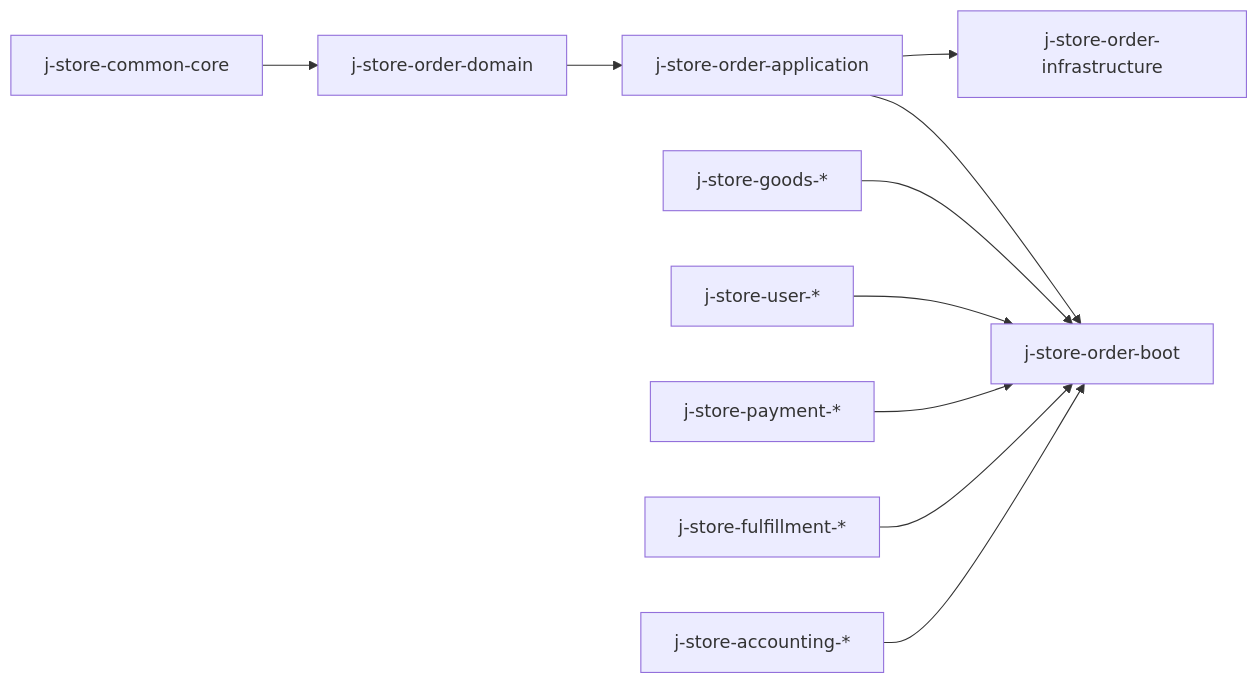
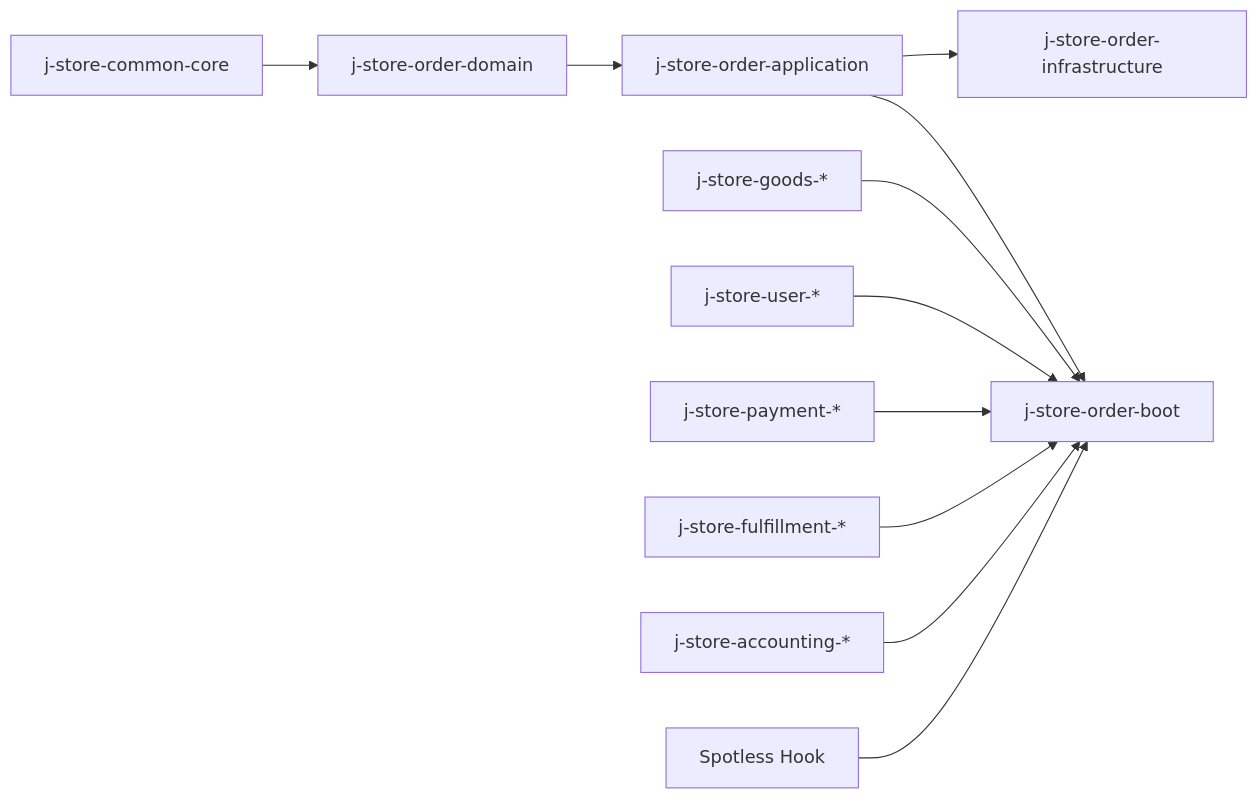
The second of 4 diagrams in .qoder/repowiki/en/content/Development Guide/Build System & Dependency Management.md (ddd-mall/j-store), drawn with Mermaid before and after one commit. The commit also changed other lines of this file and 278 other files, not shown here.

````diff
--- a/.qoder/repowiki/en/content/Development Guide/Build System & Dependency Management.md
+++ b/.qoder/repowiki/en/content/Development Guide/Build System & Dependency Management.md
@@ -104,12 +124,13 @@
 ```mermaid
 graph LR
 A["j-store-common-core"] --> B["j-store-order-domain"]
 B --> C["j-store-order-application"]
 C --> D["j-store-order-infrastructure"]
 C --> E["j-store-order-boot"]
 F["j-store-goods-*"] --> E
 G["j-store-user-*"] --> E
 H["j-store-payment-*"] --> E
 I["j-store-fulfillment-*"] --> E
 J["j-store-accounting-*"] --> E
+K["Spotless Hook"] --> E
 ```
````
